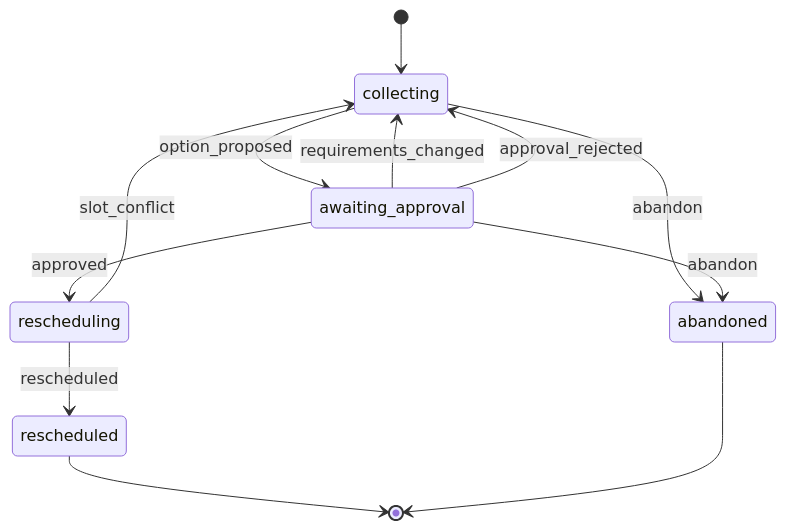
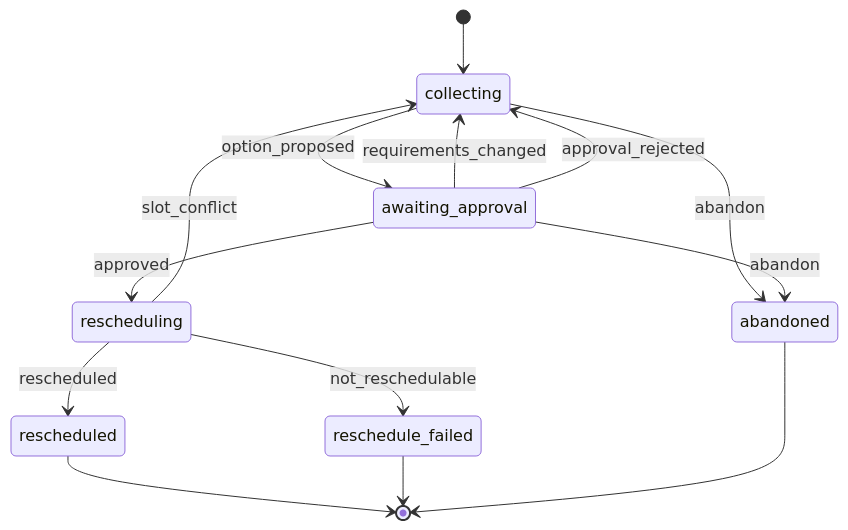
One commit to vaibhav135/errand-agent changed the second of 3 diagrams in docs/ARCHITECTURE.md. Above: the diagram before and after it, drawn with Mermaid. The commit also changed other lines of this file and 5 other files, not shown here.

````diff
--- a/docs/ARCHITECTURE.md
+++ b/docs/ARCHITECTURE.md
@@ -450,14 +466,16 @@
 ```mermaid
 stateDiagram-v2
     [*] --> collecting
     collecting --> awaiting_approval: option_proposed
     awaiting_approval --> collecting: requirements_changed
     awaiting_approval --> collecting: approval_rejected
     awaiting_approval --> rescheduling: approved
     rescheduling --> rescheduled: rescheduled
     rescheduling --> collecting: slot_conflict
+    rescheduling --> reschedule_failed: not_reschedulable
     collecting --> abandoned: abandon
     awaiting_approval --> abandoned: abandon
     rescheduled --> [*]
+    reschedule_failed --> [*]
     abandoned --> [*]
 ```
````
